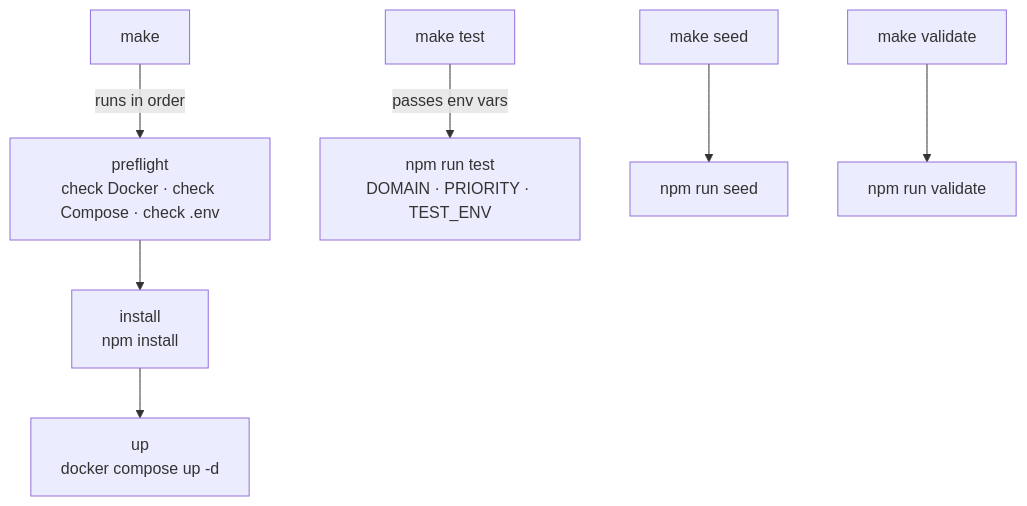
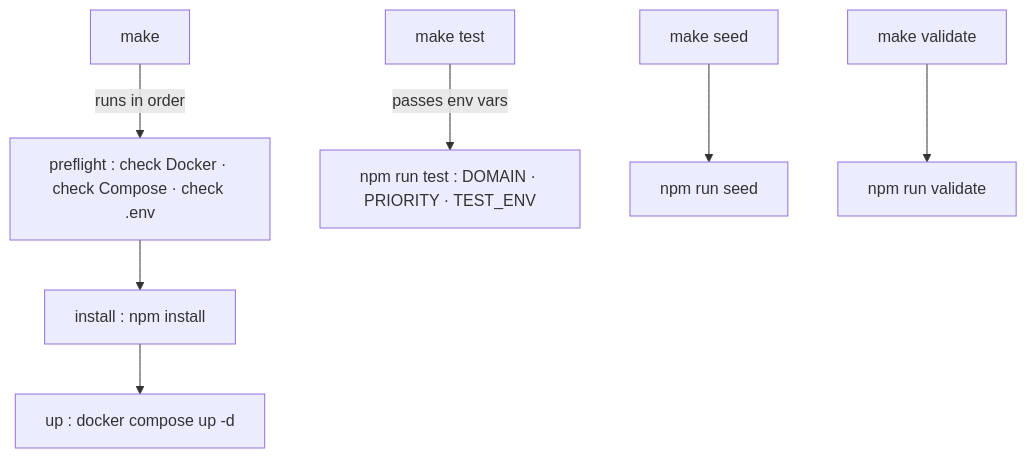
The fifth of 12 diagrams in docs/strategy/0-roadmap.md (Univers42/QA), drawn with Mermaid before and after one commit. The commit also changed other lines of this file and 2 other files, not shown here.

````diff
--- a/docs/strategy/0-roadmap.md
+++ b/docs/strategy/0-roadmap.md
@@ -157,10 +157,10 @@
 ```mermaid
 graph TD
-    MAKE["make"]-->|"runs in order"| PRE["preflight\ncheck Docker · check Compose · check .env"]
-    PRE --> INSTALL["install\nnpm install"]
-    INSTALL --> UP["up\ndocker compose up -d"]
+    MAKE["make"]-->|"runs in order"| PRE["preflight : check Docker · check Compose · check .env"]
+    PRE --> INSTALL["install : npm install"]
+    INSTALL --> UP["up : docker compose up -d"]
 
-    MAKETEST["make test"]-->|"passes env vars"| RUNNER["npm run test\nDOMAIN · PRIORITY · TEST_ENV"]
+    MAKETEST["make test"]-->|"passes env vars"| RUNNER["npm run test : DOMAIN · PRIORITY · TEST_ENV"]
     MAKESEED["make seed"]-->SEED["npm run seed"]
     MAKEVAL["make validate"]-->VAL["npm run validate"]
 ```
````
